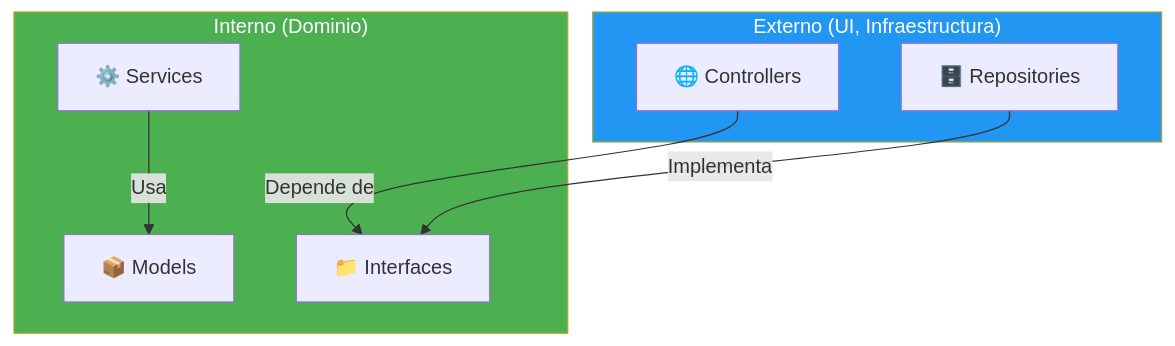
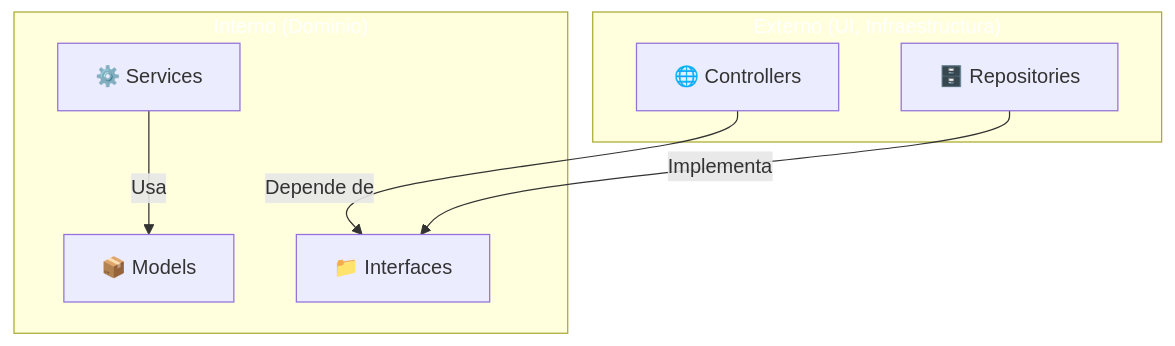
One commit to joseluisgs/DesarrolloWebEntornosServidor-01-2026-2027 changed the second of 2 diagrams in 12-patrones-arquitecturas.md. Above: the diagram before and after it, drawn with Mermaid. The commit also changed other lines of this file and 66 other files, not shown here.

First line of the commit message:
fix: normalizar titulos al castellano de frase y corregir la paleta de mermaid

````diff
--- a/12-patrones-arquitecturas.md
+++ b/12-patrones-arquitecturas.md
@@ -170,20 +170,20 @@
 ```mermaid
 graph TD
     subgraph EXTERNO["Externo (UI, Infraestructura)"]
         A["🌐 Controllers"]
         B["🗄️ Repositories"]
     end
 
     subgraph INTERNO["Interno (Dominio)"]
         C["⚙️ Services"]
         D["📦 Models"]
         E["📁 Interfaces"]
     end
 
     A -->|"Depende de"| E
     B -->|"Implementa"| E
     C -->|"Usa"| D
 
-    style EXTERNO fill:#2196F3,color:#fff
-    style INTERNO fill:#4CAF50,color:#fff
+    style EXTERNO fill:#2196F,color:#fff3,color:#fff
+    style INTERNO fill:#4CAF5,color:#fff0,color:#fff
 ```
````
